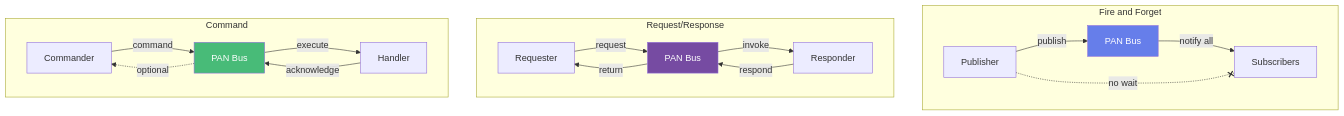
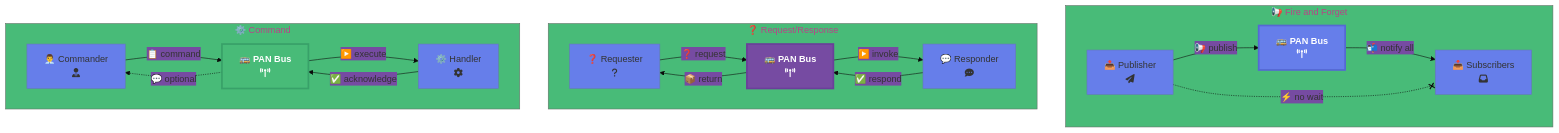
One commit to larcjs/larc changed the sixth of 10 diagrams in docs/books/learning-larc/diagrams/05-pan-bus.md. Above: the diagram before and after it, drawn with Mermaid. The commit also changed other lines of this file and 12 other files, not shown here.

First line of the commit message:
docs: expand Learning LARC chapters 11-19 into individual files and enhance diagrams

````diff
--- a/docs/books/learning-larc/diagrams/05-pan-bus.md
+++ b/docs/books/learning-larc/diagrams/05-pan-bus.md
@@ -184,38 +202,43 @@
 ```mermaid
+%%{init: {'theme':'base', 'themeVariables': { 'primaryColor':'#667eea','secondaryColor':'#764ba2','tertiaryColor':'#48bb78'}}}%%
 graph TB
-    subgraph "Fire and Forget"
-        FF1[Publisher]
-        FF2[PAN Bus]
-        FF3[Subscribers]
+    subgraph FF["📢 Fire and Forget"]
+        FF1["📤 Publisher<br/>fa:fa-paper-plane"]
+        FF2["🚌 PAN Bus<br/>fa:fa-broadcast-tower"]
+        FF3["📥 Subscribers<br/>fa:fa-inbox"]
 
-        FF1 -->|publish| FF2
-        FF2 -->|notify all| FF3
-        FF1 -.-x|no wait| FF3
+        FF1 -->|📢 publish| FF2
+        FF2 -->|📬 notify all| FF3
+        FF1 -.-x|⚡ no wait| FF3
     end
 
-    subgraph "Request/Response"
-        RR1[Requester]
-        RR2[PAN Bus]
-        RR3[Responder]
+    subgraph RR["❓ Request/Response"]
+        RR1["❓ Requester<br/>fa:fa-question"]
+        RR2["🚌 PAN Bus<br/>fa:fa-broadcast-tower"]
+        RR3["💬 Responder<br/>fa:fa-comment-dots"]
 
-        RR1 -->|request| RR2
-        RR2 -->|invoke| RR3
-        RR3 -->|respond| RR2
-        RR2 -->|return| RR1
+        RR1 -->|❓ request| RR2
+        RR2 -->|▶️ invoke| RR3
+        RR3 -->|✅ respond| RR2
+        RR2 -->|📦 return| RR1
     end
 
-    subgraph "Command"
-        C1[Commander]
-        C2[PAN Bus]
-        C3[Handler]
+    subgraph CMD["⚙️ Command"]
+        C1["👨‍💼 Commander<br/>fa:fa-user-tie"]
+        C2["🚌 PAN Bus<br/>fa:fa-broadcast-tower"]
+        C3["⚙️ Handler<br/>fa:fa-cog"]
 
-        C1 -->|command| C2
-        C2 -->|execute| C3
-        C3 -->|acknowledge| C2
-        C2 -.optional.-> C1
+        C1 -->|📋 command| C2
+        C2 -->|▶️ execute| C3
+        C3 -->|✅ acknowledge| C2
+        C2 -.💬 optional.-> C1
     end
 
-    style FF2 fill:#667eea,color:#fff
-    style RR2 fill:#764ba2,color:#fff
-    style C2 fill:#48bb78,color:#fff
+    classDef bus1 fill:#667eea,stroke:#5568d3,stroke-width:3px,color:#fff,font-weight:bold
+    classDef bus2 fill:#764ba2,stroke:#6a3f99,stroke-width:3px,color:#fff,font-weight:bold
+    classDef bus3 fill:#48bb78,stroke:#38a169,stroke-width:3px,color:#fff,font-weight:bold
+
+    class FF2 bus1
+    class RR2 bus2
+    class C2 bus3
 ```
````
